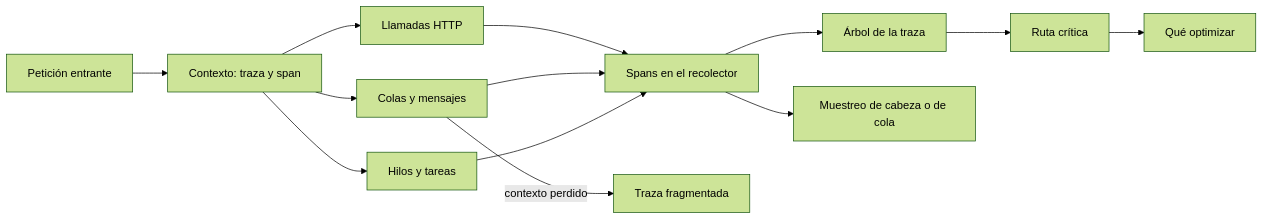
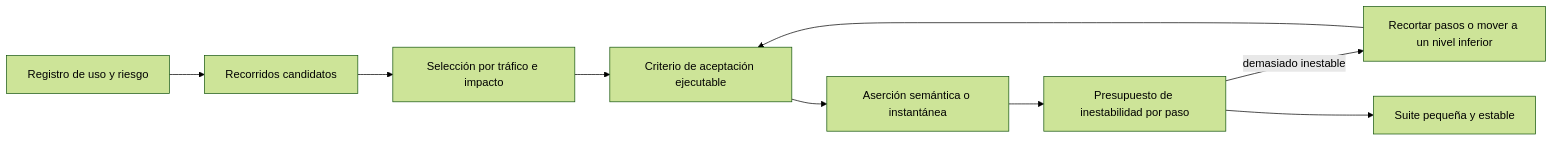
One commit to vladimiracunadev-create/modern-software-engineering-program changed the diagram in content/part-35/SE-424.md. Above: the diagram before and after it, drawn with Mermaid (forest theme). The commit also changed other lines of this file and 5193 other files, not shown here.

````diff
--- a/content/part-35/SE-424.md
+++ b/content/part-35/SE-424.md
@@ -54,15 +56,11 @@
 ```mermaid
 flowchart LR
-    A[Petición entrante] --> B[Contexto: traza y span]
-    B --> C[Llamadas HTTP]
-    B --> D[Colas y mensajes]
-    B --> E[Hilos y tareas]
-    C --> F[Spans en el recolector]
-    D --> F
-    E --> F
-    F --> G[Árbol de la traza]
-    G --> H[Ruta crítica]
-    F --> I[Muestreo de cabeza o de cola]
-    H --> J[Qué optimizar]
-    D -->|contexto perdido| K[Traza fragmentada]
+    A[Registro de uso y riesgo] --> B[Recorridos candidatos]
+    B --> C[Selección por tráfico e impacto]
+    C --> D[Criterio de aceptación ejecutable]
+    D --> E[Aserción semántica o instantánea]
+    E --> F[Presupuesto de inestabilidad por paso]
+    F -->|demasiado inestable| G[Recortar pasos o mover a un nivel inferior]
+    G --> D
+    F --> H[Suite pequeña y estable]
 ```
````
